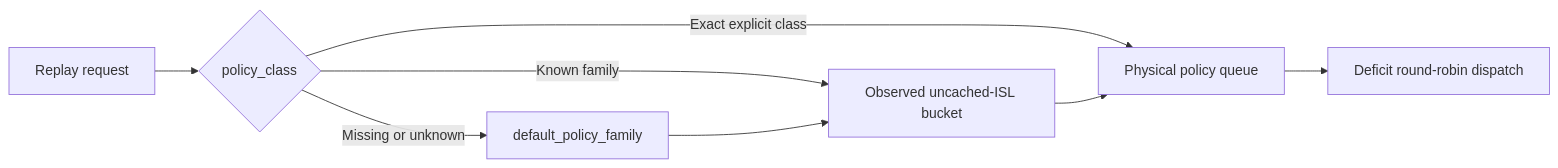
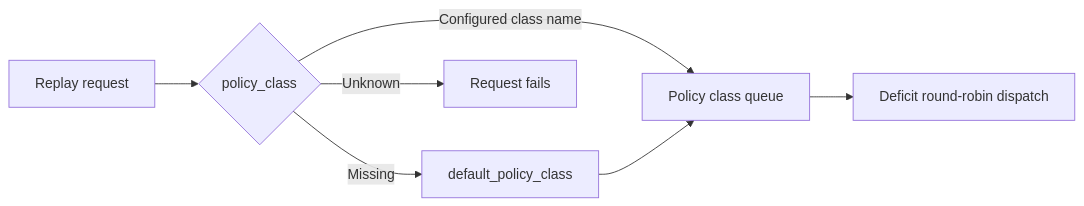
Before and after one commit to ai-dynamo/dynamo: the fourth of 4 diagrams in fern/pages-dev/developer-guide/knowledge-base/concepts/simulation/dynosim-architecture.md, drawn with Mermaid. The commit also changed other lines of this file and 12 other files, not shown here.

````diff
--- a/fern/pages-dev/developer-guide/knowledge-base/concepts/simulation/dynosim-architecture.md
+++ b/fern/pages-dev/developer-guide/knowledge-base/concepts/simulation/dynosim-architecture.md
@@ -111,10 +111,9 @@
 ```mermaid
 flowchart LR
     R["Replay request"] --> C{"policy_class"}
-    C -->|Exact explicit class| Q["Physical policy queue"]
-    C -->|Known family| B["Observed uncached-ISL bucket"]
-    C -->|Missing or unknown| F["default_policy_family"]
-    F --> B
-    B --> Q
+    C -->|Configured class name| Q["Policy class queue"]
+    C -->|Missing| F["default_policy_class"]
+    C -->|Unknown| X["Request fails"]
+    F --> Q
     Q --> D["Deficit round-robin dispatch"]
 ```
````
